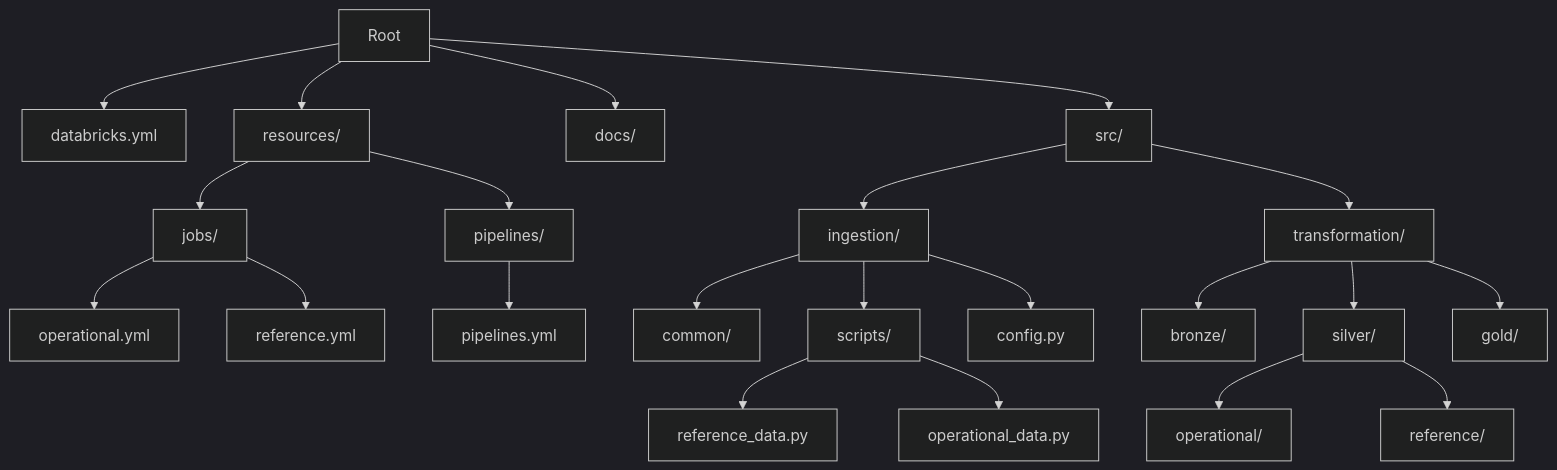
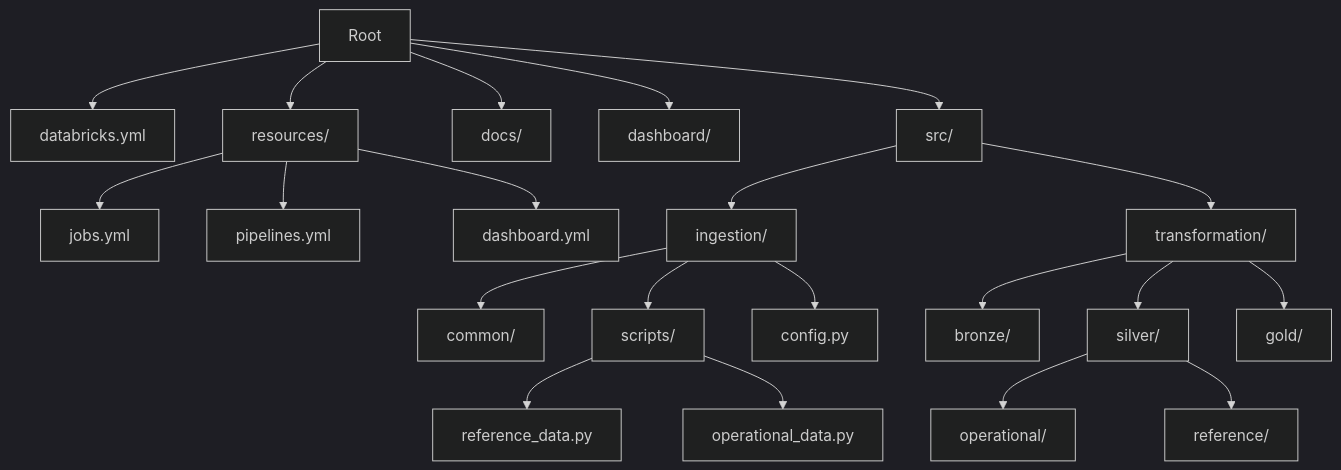
The diagram in docs/REPO_STRUCTURE.md (janomutschler/data-intelligence), drawn with Mermaid (dark theme) before and after one commit. The commit also changed other lines of this file and 4 other files, not shown here.

````diff
--- a/docs/REPO_STRUCTURE.md
+++ b/docs/REPO_STRUCTURE.md
@@ -44,31 +47,30 @@
 ```mermaid
 flowchart TD
 
     A[Root] --> B[databricks.yml]
 
     A --> C[resources/]
-    C --> C1[jobs/]
-    C1 --> C11[operational.yml]
-    C1 --> C12[reference.yml]
-    C --> C2[pipelines/]
-    C2 --> C21[pipelines.yml]
+    C --> C1[jobs.yml]
+    C --> C2[pipelines.yml]
+    C --> C3[dashboard.yml]
 
     A --> D[docs/]
+    A --> H[dashboard/]
 
     A --> E[src/]
 
     E --> F[ingestion/]
      F --> F1[common/]
     F --> F2[scripts/]
     F2 --> F21[reference_data.py]
     F2 --> F22[operational_data.py]
     F --> F3[config.py]
 
     E --> G[transformation/]
 
     G --> G1[bronze/]
     G --> G2[silver/]
     G2 --> G21[operational/]
     G2 --> G22[reference/]
     G --> G3[gold/]
 ```
````
